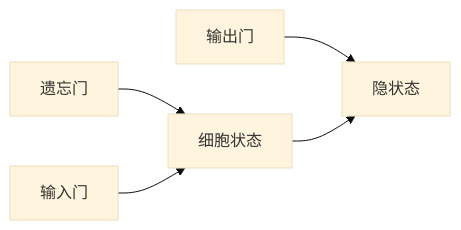
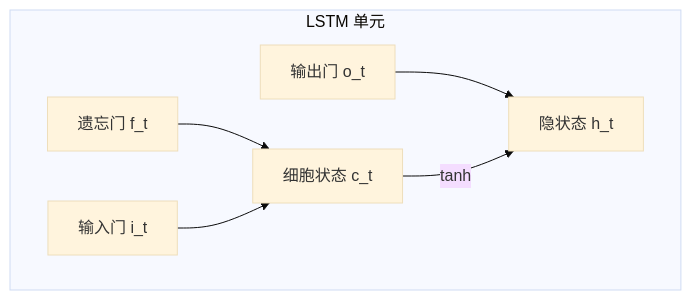
Before and after one commit to hxjmmmm/thought-vectors: the second of 2 diagrams in src/content/docs/tutorials/deep-learning/rnn.mdx, drawn with Mermaid (base theme). The commit also changed other lines of this file and 2 other files, not shown here.

First line of the commit message:
充实内容：RNN/LSTM、CNN、Llama 深度改写

````diff
--- a/src/content/docs/tutorials/deep-learning/rnn.mdx
+++ b/src/content/docs/tutorials/deep-learning/rnn.mdx
@@ -37,7 +66,9 @@
 ```mermaid
-flowchart LR
-    A[遗忘门] --> D[细胞状态]
-    B[输入门] --> D
-    C[输出门] --> E[隐状态]
-    D --> E
+flowchart TD
+    subgraph LSTM 单元
+    A[遗忘门 f_t] --> D[细胞状态 c_t]
+    B[输入门 i_t] --> D
+    C[输出门 o_t] --> E[隐状态 h_t]
+    D -->|tanh| E
+    end
 ```
````
